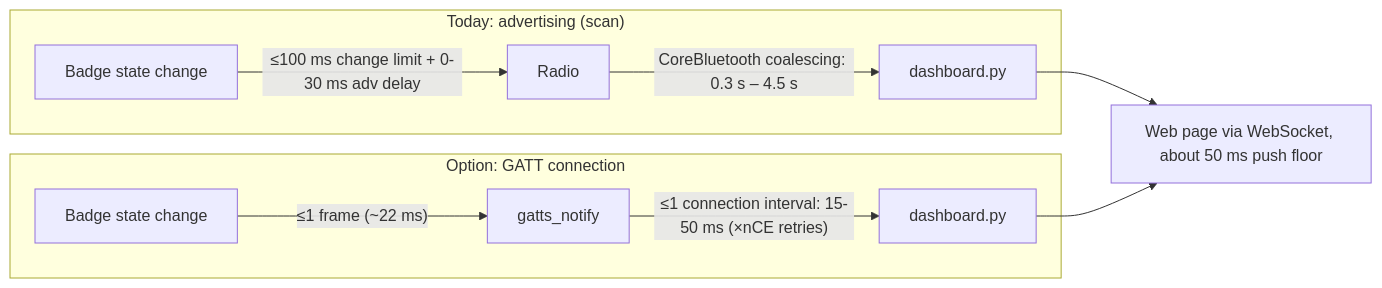
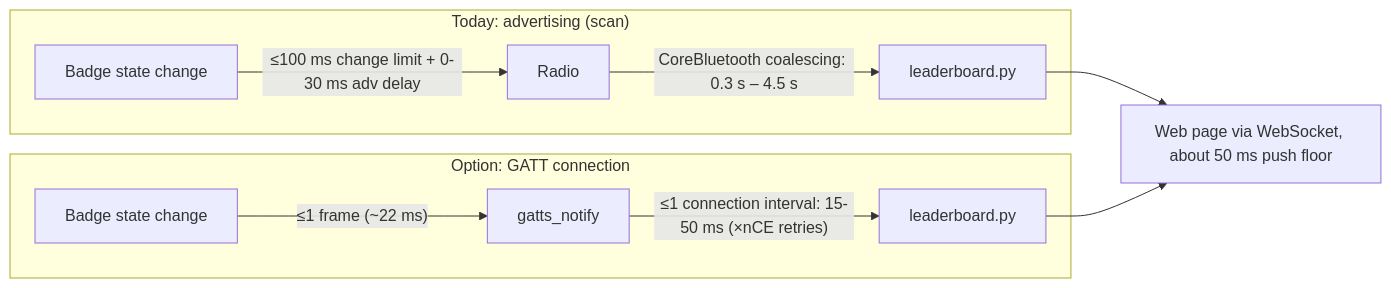
Before and after one commit to martinwoodward/action-trainer: the diagram in BLE_CONNECTIONS_RESEARCH.md, drawn with Mermaid. The commit also changed other lines of this file and 19 other files, not shown here.

First line of the commit message:
Rename dashboard to leaderboard, airtime app to race, recorder to race_rec

````diff
--- a/BLE_CONNECTIONS_RESEARCH.md
+++ b/BLE_CONNECTIONS_RESEARCH.md
@@ -119,13 +119,13 @@
 ```mermaid
 flowchart LR
   subgraph Now["Today: advertising (scan)"]
     B1[Badge state change] -->|"≤100 ms change limit + 0-30 ms adv delay"| R1[Radio]
-    R1 -->|"CoreBluetooth coalescing: 0.3 s – 4.5 s"| D1[dashboard.py]
+    R1 -->|"CoreBluetooth coalescing: 0.3 s – 4.5 s"| D1[leaderboard.py]
   end
   subgraph Conn["Option: GATT connection"]
     B2[Badge state change] -->|"≤1 frame (~22 ms)"| N[gatts_notify]
-    N -->|"≤1 connection interval: 15-50 ms (×nCE retries)"| D2[dashboard.py]
+    N -->|"≤1 connection interval: 15-50 ms (×nCE retries)"| D2[leaderboard.py]
   end
   D1 --> W[Web page via WebSocket, about 50 ms push floor]
   D2 --> W
 ```
````
